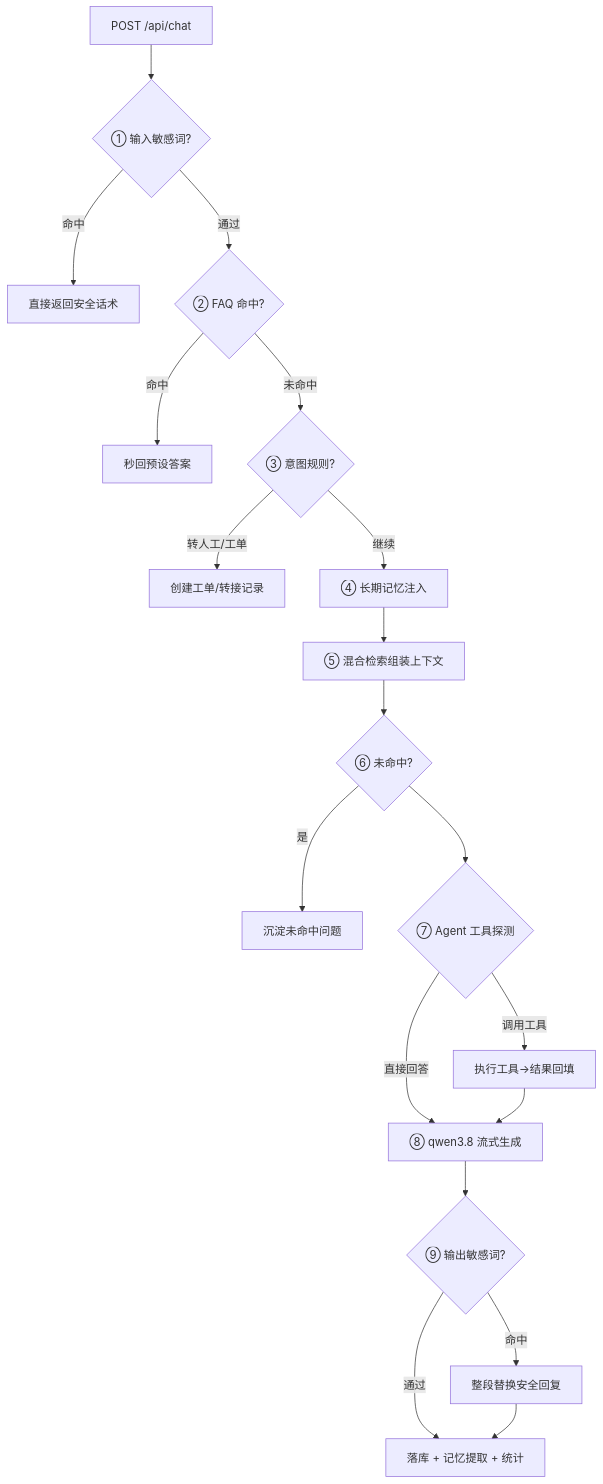
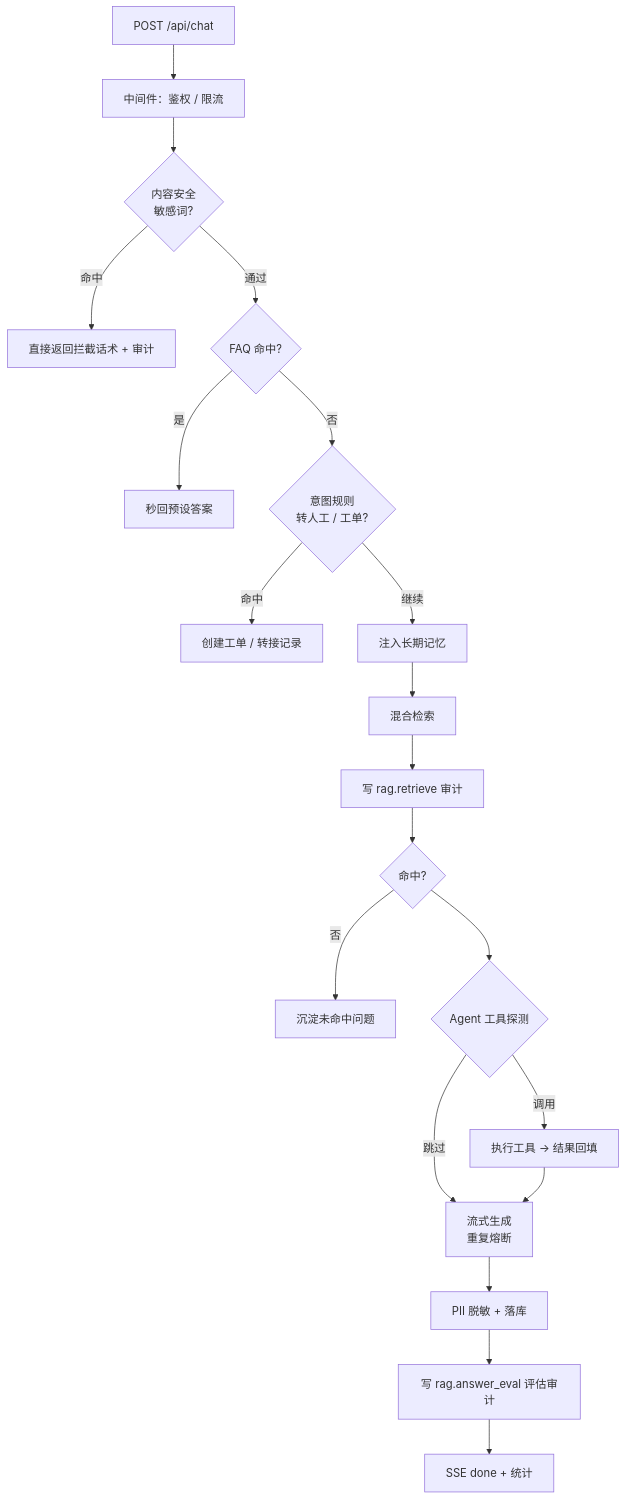
One commit to xabai/rag-customer-demo changed the third of 3 diagrams in README.md. Above: the diagram before and after it, drawn with Mermaid. The commit also changed other lines of this file and 1 other file, not shown here.

````diff
--- a/README.md
+++ b/README.md
@@ -95,21 +145,22 @@
 ```mermaid
 flowchart TD
-    IN[POST /api/chat] --> S1{① 输入敏感词?}
-    S1 -->|命中| SAFE[直接返回安全话术]
-    S1 -->|通过| S2{② FAQ 命中?}
-    S2 -->|命中| FAQ[秒回预设答案]
-    S2 -->|未命中| S3{③ 意图规则?}
-    S3 -->|转人工/工单| TICKET[创建工单/转接记录]
-    S3 -->|继续| S4[④ 长期记忆注入]
-    S4 --> S5[⑤ 混合检索组装上下文]
-    S5 --> S6{⑥ 未命中?}
-    S6 -->|是| LOG[沉淀未命中问题]
-    S6 --> S7{⑦ Agent 工具探测}
-    S7 -->|调用工具| TOOL[执行工具→结果回填]
-    S7 -->|直接回答| S8
-    TOOL --> S8[⑧ qwen3.8 流式生成]
-    S8 --> S9{⑨ 输出敏感词?}
-    S9 -->|命中| REPLACE[整段替换安全回复]
-    S9 -->|通过| DONE[落库 + 记忆提取 + 统计]
-    REPLACE --> DONE
+    IN[POST /api/chat] --> M1[中间件：鉴权 / 限流]
+    M1 --> M2{内容安全<br/>敏感词?}
+    M2 -->|命中| BLOCK[直接返回拦截话术 + 审计]
+    M2 -->|通过| S1{FAQ 命中?}
+    S1 -->|是| FAQ[秒回预设答案]
+    S1 -->|否| S2{意图规则<br/>转人工 / 工单?}
+    S2 -->|命中| TICKET[创建工单 / 转接记录]
+    S2 -->|继续| S3[注入长期记忆]
+    S3 --> S4[混合检索]
+    S4 --> AUDIT[写 rag.retrieve 审计]
+    AUDIT --> S5{命中?}
+    S5 -->|否| UNANS[沉淀未命中问题]
+    S5 --> S6{Agent 工具探测}
+    S6 -->|调用| TOOL[执行工具 → 结果回填]
+    S6 -->|跳过| S7
+    TOOL --> S7[流式生成<br/>重复熔断]
+    S7 --> S8[PII 脱敏 + 落库]
+    S8 --> S9[写 rag.answer_eval 评估审计]
+    S9 --> DONE[SSE done + 统计]
 ```
````
